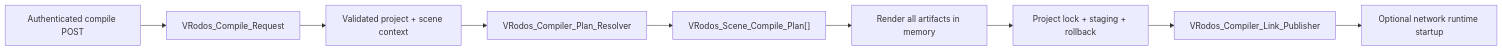
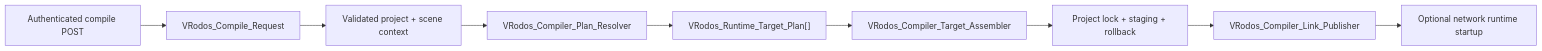
Before and after one commit to VRodos/VRodos: the diagram in documentation/compiler-architecture.md, drawn with Mermaid. The commit also changed other lines of this file and 69 other files, not shown here.

Commit message:
refactor(compiler): unify compiled-scene planning, publication, and runtime provenance

````diff
--- a/documentation/compiler-architecture.md
+++ b/documentation/compiler-architecture.md
@@ -9,11 +9,11 @@
 ```mermaid
 flowchart LR
     Request["Authenticated compile POST"] --> Typed["VRodos_Compile_Request"]
     Typed --> Context["Validated project + scene context"]
     Context --> Resolver["VRodos_Compiler_Plan_Resolver"]
-    Resolver --> ScenePlans["VRodos_Scene_Compile_Plan[]"]
-    ScenePlans --> Render["Render all artifacts in memory"]
+    Resolver --> Targets["VRodos_Runtime_Target_Plan[]"]
+    Targets --> Render["VRodos_Compiler_Target_Assembler"]
     Render --> Transaction["Project lock + staging + rollback"]
     Transaction --> Links["VRodos_Compiler_Link_Publisher"]
     Links --> Runtime["Optional network runtime startup"]
 ```
````
